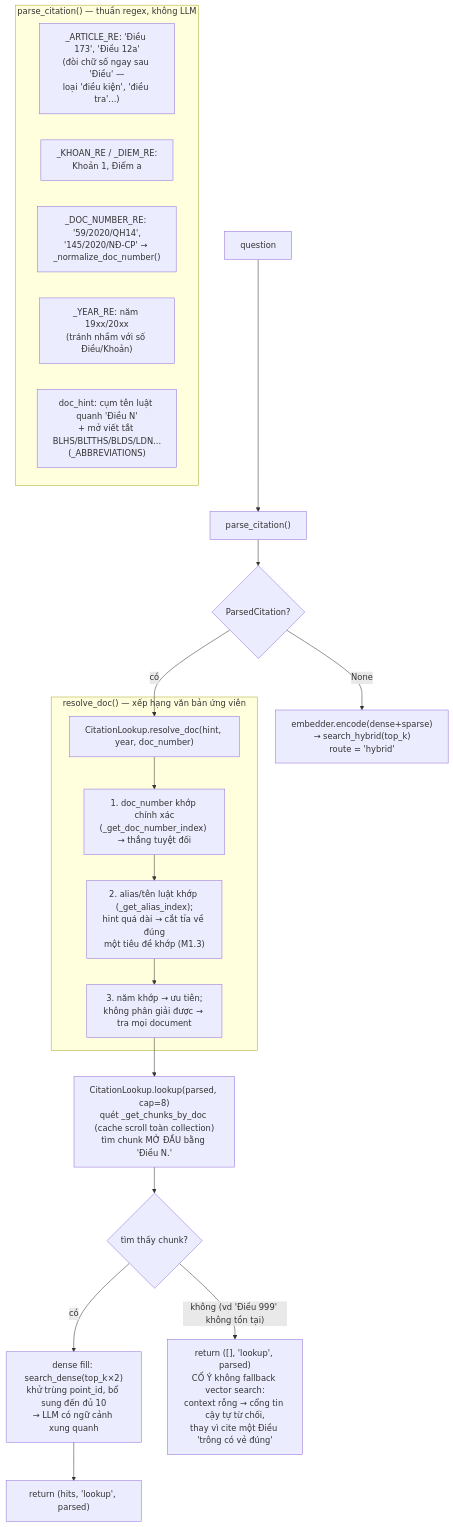
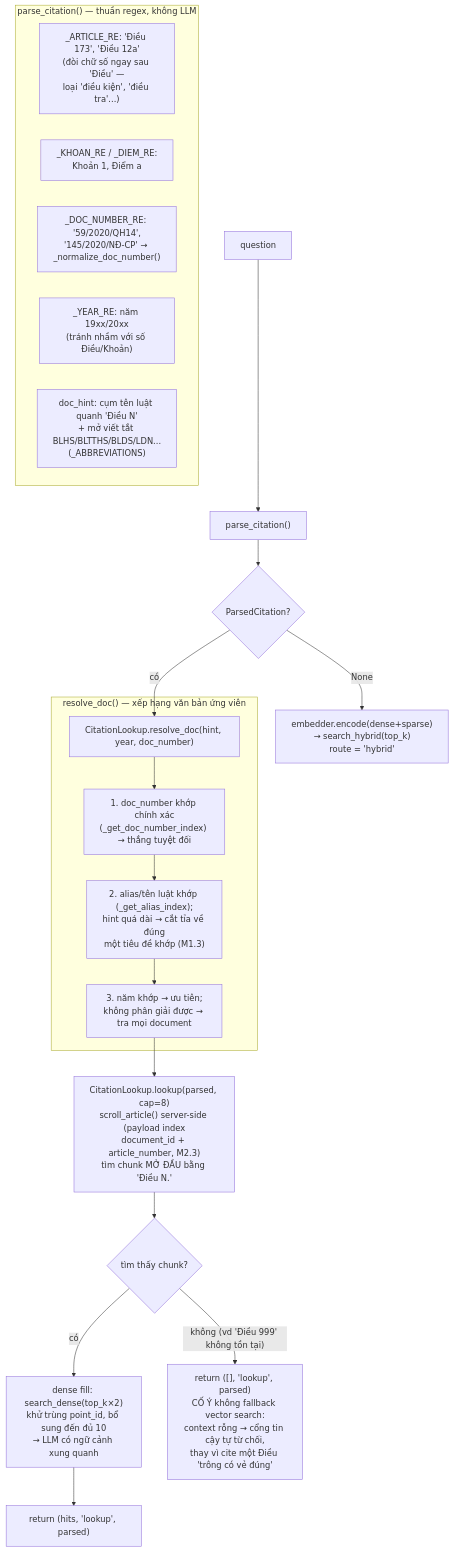
One commit to quockhanh41/Vietnamese-legal-bot changed the diagram in docs/diagrams/02-citation-route.mmd. Above: the diagram before and after it, drawn with Mermaid. The commit also changed 25 other files, not shown here.

First line of the commit message:
docs(M2): final Phase E eval evidence, scale-journey and architecture updates

```diff
--- a/docs/diagrams/02-citation-route.mmd
+++ b/docs/diagrams/02-citation-route.mmd
@@ -1,28 +1,28 @@
 flowchart TD
     Q["question"] --> PC["parse_citation()"]
 
     subgraph PARSE ["parse_citation() — thuần regex, không LLM"]
         R1["_ARTICLE_RE: 'Điều 173', 'Điều 12a'<br/>(đòi chữ số ngay sau 'Điều' —<br/>loại 'điều kiện', 'điều tra'...)"]
         R2["_KHOAN_RE / _DIEM_RE:<br/>Khoản 1, Điểm a"]
         R3["_DOC_NUMBER_RE: '59/2020/QH14',<br/>'145/2020/NĐ-CP' → _normalize_doc_number()"]
         R4["_YEAR_RE: năm 19xx/20xx<br/>(tránh nhầm với số Điều/Khoản)"]
         R5["doc_hint: cụm tên luật quanh 'Điều N'<br/>+ mở viết tắt BLHS/BLTTHS/BLDS/LDN...<br/>(_ABBREVIATIONS)"]
     end
 
     PC --> PARSED{"ParsedCitation?"}
     PARSED -->|None| HYB["embedder.encode(dense+sparse)<br/>→ search_hybrid(top_k)<br/>route = 'hybrid'"]
     PARSED -->|có| RD["CitationLookup.resolve_doc(hint, year, doc_number)"]
 
     subgraph RESOLVE ["resolve_doc() — xếp hạng văn bản ứng viên"]
         RD --> RD1["1. doc_number khớp chính xác<br/>(_get_doc_number_index) → thắng tuyệt đối"]
         RD1 --> RD2["2. alias/tên luật khớp (_get_alias_index);<br/>hint quá dài → cắt tỉa về đúng<br/>một tiêu đề khớp (M1.3)"]
         RD2 --> RD3["3. năm khớp → ưu tiên;<br/>không phân giải được → tra mọi document"]
     end
 
-    RD3 --> LK["CitationLookup.lookup(parsed, cap=8)<br/>quét _get_chunks_by_doc (cache scroll toàn collection)<br/>tìm chunk MỞ ĐẦU bằng 'Điều N.'"]
+    RD3 --> LK["CitationLookup.lookup(parsed, cap=8)<br/>scroll_article() server-side (payload index<br/>document_id + article_number, M2.3)<br/>tìm chunk MỞ ĐẦU bằng 'Điều N.'"]
     LK --> HIT{"tìm thấy chunk?"}
 
     HIT -->|có| FILL["dense fill: search_dense(top_k×2)<br/>khử trùng point_id, bổ sung đến đủ 10<br/>→ LLM có ngữ cảnh xung quanh"]
     FILL --> OUT1["return (hits, 'lookup', parsed)"]
 
     HIT -->|"không (vd 'Điều 999' không tồn tại)"| EMPTY["return ([], 'lookup', parsed)<br/>CỐ Ý không fallback vector search:<br/>context rỗng → cổng tin cậy tự từ chối,<br/>thay vì cite một Điều 'trông có vẻ đúng'"]
```
